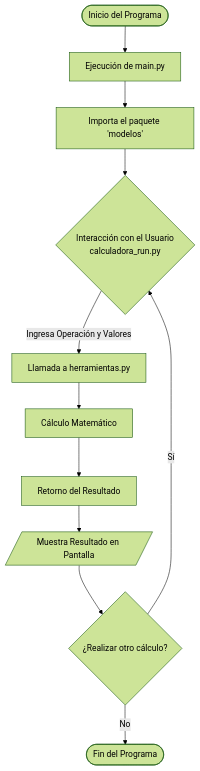
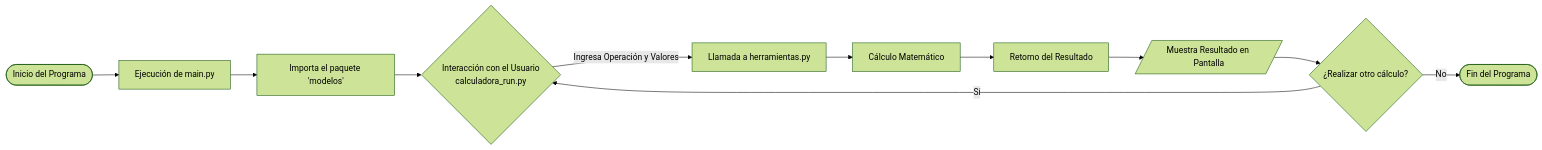
The diagram in README.md (VicenteRC-Dev/Trabajo-programacion), drawn with Mermaid (forest theme) before and after one commit.

````diff
--- a/README.md
+++ b/README.md
@@ -45,13 +45,13 @@
 ```mermaid
-graph TD
+graph LR
     A([Inicio del Programa]) --> B[Ejecución de main.py]
     B --> C[Importa el paquete 'modelos']
     C --> D{Interacción con el Usuario <br> calculadora_run.py}
     D -->|Ingresa Operación y Valores| E[Llamada a herramientas.py]
     E --> F[Cálculo Matemático]
     F --> G[Retorno del Resultado]
     G --> H[/Muestra Resultado en Pantalla/]
     H --> I{¿Realizar otro cálculo?}
     I -->|Sí| D
     I -->|No| J([Fin del Programa])
 ```
````
